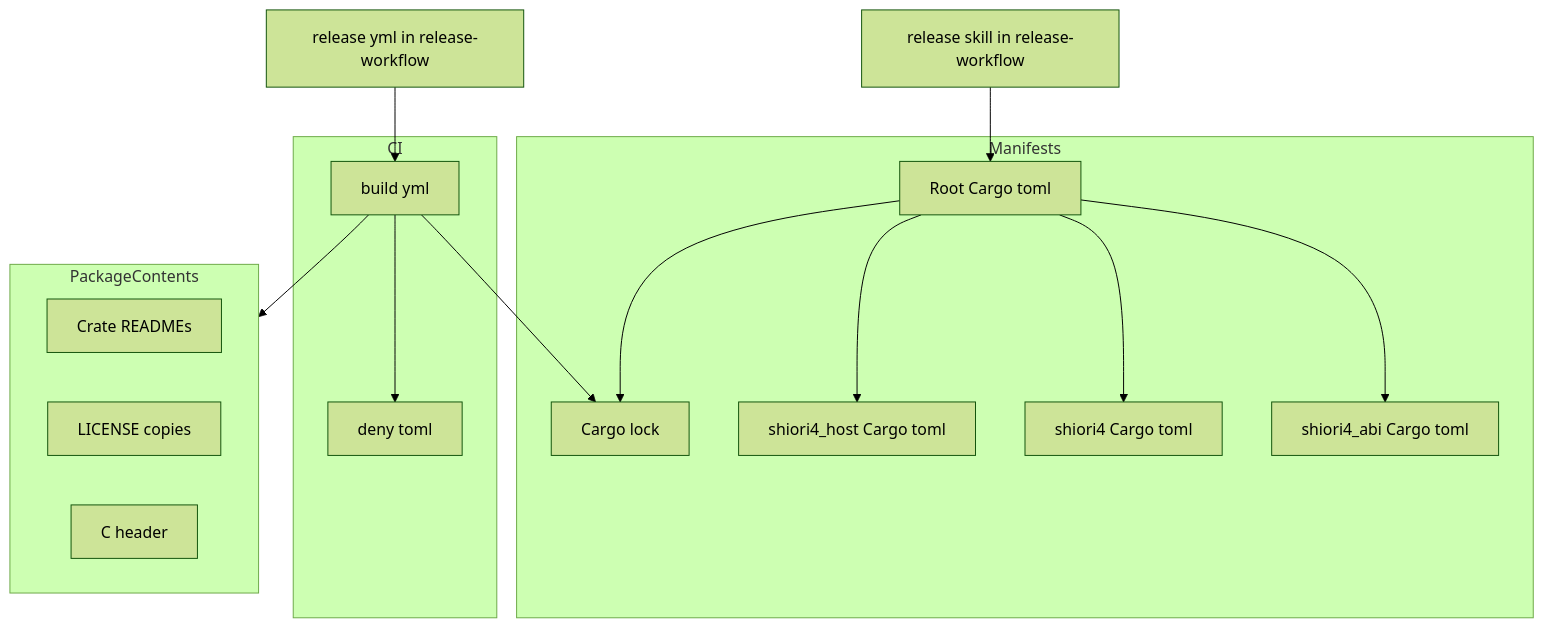
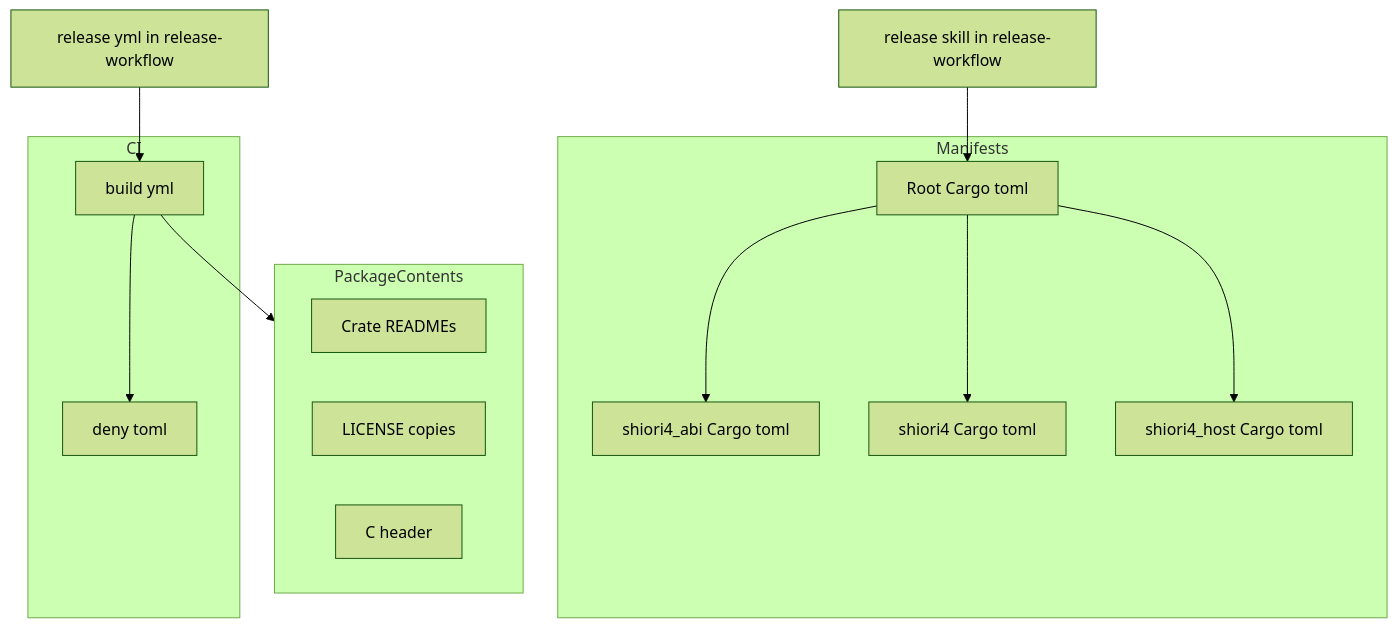
The first of 2 diagrams in .kiro/specs/crate-publish-ready/design.md (ekicyou/shiori4), drawn with Mermaid (forest theme) before and after one commit. The commit also changed other lines of this file and 2 other files, not shown here.

````diff
--- a/.kiro/specs/crate-publish-ready/design.md
+++ b/.kiro/specs/crate-publish-ready/design.md
@@ -55,28 +55,25 @@
 ```mermaid
 graph TB
     subgraph Manifests
         RootToml[Root Cargo toml]
         AbiToml[shiori4_abi Cargo toml]
         CoreToml[shiori4 Cargo toml]
         HostToml[shiori4_host Cargo toml]
-        Lock[Cargo lock]
     end
     subgraph PackageContents
         Readmes[Crate READMEs]
         Licenses[LICENSE copies]
         Header[C header]
     end
     subgraph CI
         BuildYml[build yml]
         DenyToml[deny toml]
     end
     RootToml --> AbiToml
     RootToml --> CoreToml
     RootToml --> HostToml
-    RootToml --> Lock
-    BuildYml --> Lock
     BuildYml --> DenyToml
     BuildYml --> PackageContents
     ReleaseYml[release yml in release-workflow] --> BuildYml
     ReleaseSkill[release skill in release-workflow] --> RootToml
 ```
````
